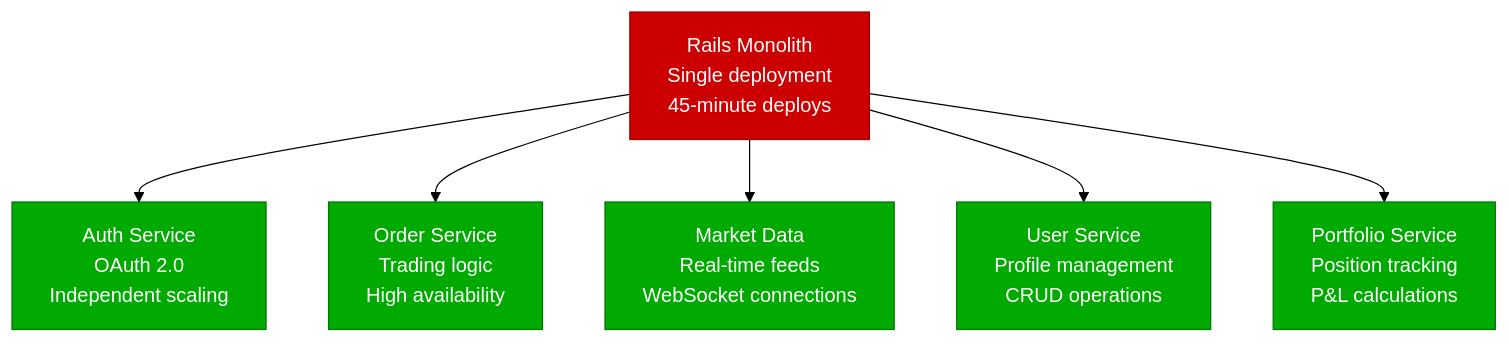
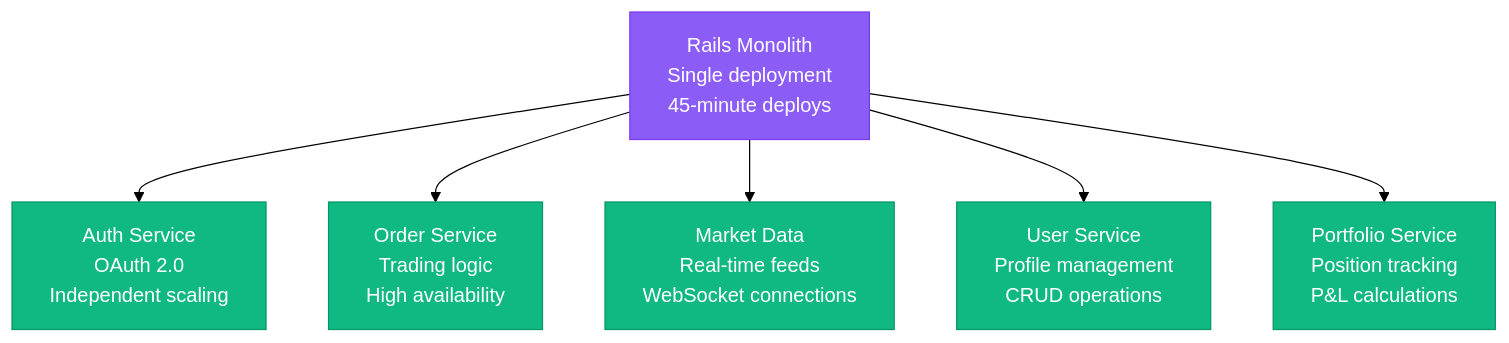
One commit to deepaucksharma/DS changed the fourth of 8 diagrams in site/docs/systems/robinhood/05-scale-evolution.md. Above: the diagram before and after it, drawn with Mermaid (forest theme). The commit also changed other lines of this file and 187 other files, not shown here.

````diff
--- a/site/docs/systems/robinhood/05-scale-evolution.md
+++ b/site/docs/systems/robinhood/05-scale-evolution.md
@@ -225,16 +225,16 @@
 ```mermaid
 graph TB
     MONOLITH[Rails Monolith<br/>Single deployment<br/>45-minute deploys]
 
     MONOLITH --> AUTH[Auth Service<br/>OAuth 2.0<br/>Independent scaling]
     MONOLITH --> ORDER[Order Service<br/>Trading logic<br/>High availability]
     MONOLITH --> MARKET[Market Data<br/>Real-time feeds<br/>WebSocket connections]
     MONOLITH --> USER[User Service<br/>Profile management<br/>CRUD operations]
     MONOLITH --> PORTFOLIO[Portfolio Service<br/>Position tracking<br/>P&L calculations]
 
-    classDef monolithStyle fill:#CC0000,stroke:#990000,color:#fff
-    classDef serviceStyle fill:#00AA00,stroke:#007700,color:#fff
+    classDef monolithStyle fill:#8B5CF6,stroke:#7C3AED,color:#fff
+    classDef serviceStyle fill:#10B981,stroke:#059669,color:#fff
 
     class MONOLITH monolithStyle
     class AUTH,ORDER,MARKET,USER,PORTFOLIO serviceStyle
 ```
````
